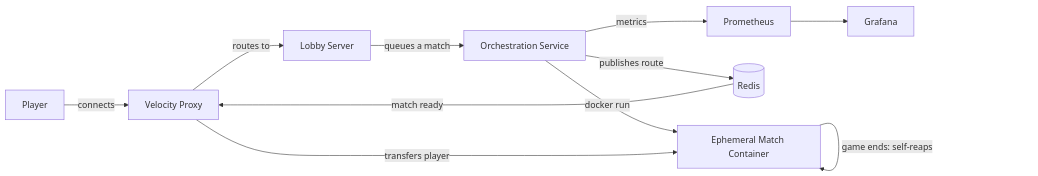
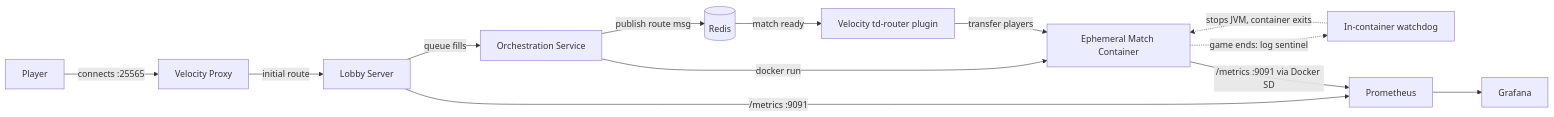
Before and after one commit to pjang123/tower_defense: the diagram in README.md, drawn with Mermaid. The commit also changed other lines of this file, not shown here.

````diff
--- a/README.md
+++ b/README.md
@@ -24,13 +69,16 @@
 ```mermaid
 flowchart LR
-    P[Player] -->|connects| V[Velocity Proxy]
-    V -->|routes to| L[Lobby Server]
-    L -->|queues a match| O[Orchestration Service]
+    P[Player] -->|connects :25565| V[Velocity Proxy]
+    V -->|initial route| L[Lobby Server]
+    L -->|queue fills| O[Orchestration Service]
     O -->|docker run| M[Ephemeral Match Container]
-    O -->|publishes route| R[(Redis)]
-    R -->|match ready| V
-    V -->|transfers player| M
-    M -->|game ends: self-reaps| M
-    O -->|metrics| PR[Prometheus]
+    O -->|publish route msg| R[(Redis)]
+    R -->|match ready| VR[Velocity td-router plugin]
+    VR -->|transfer players| M
+    M -.->|game ends: log sentinel| W[In-container watchdog]
+    W -.->|stops JVM, container exits| M
+
+    L -->|/metrics :9091| PR[Prometheus]
+    M -->|/metrics :9091 via Docker SD| PR
     PR --> G[Grafana]
 ```
````
